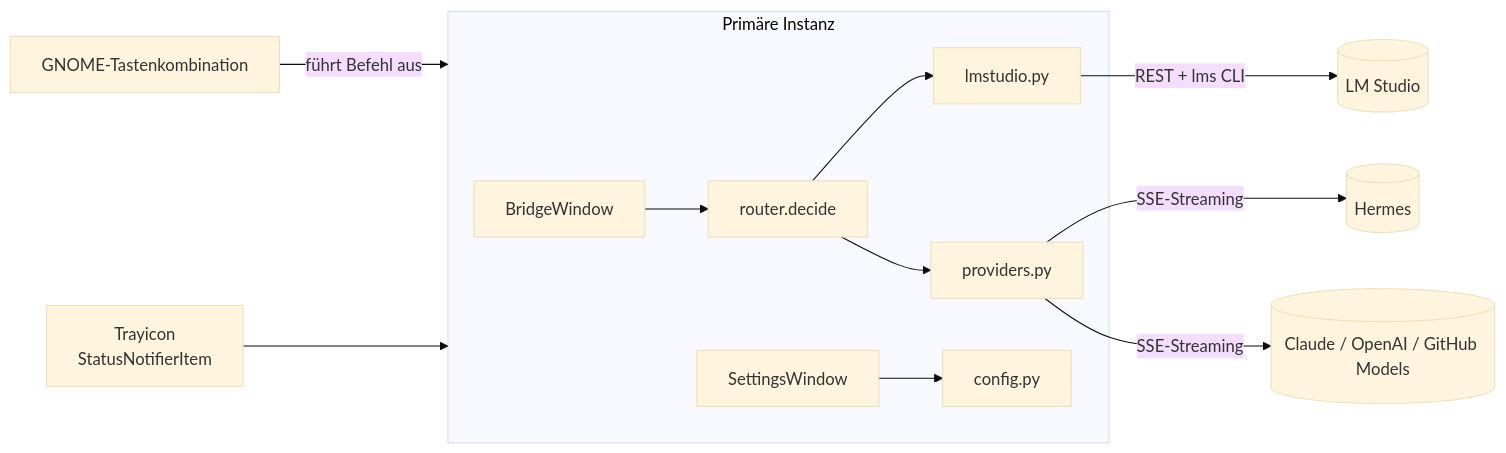
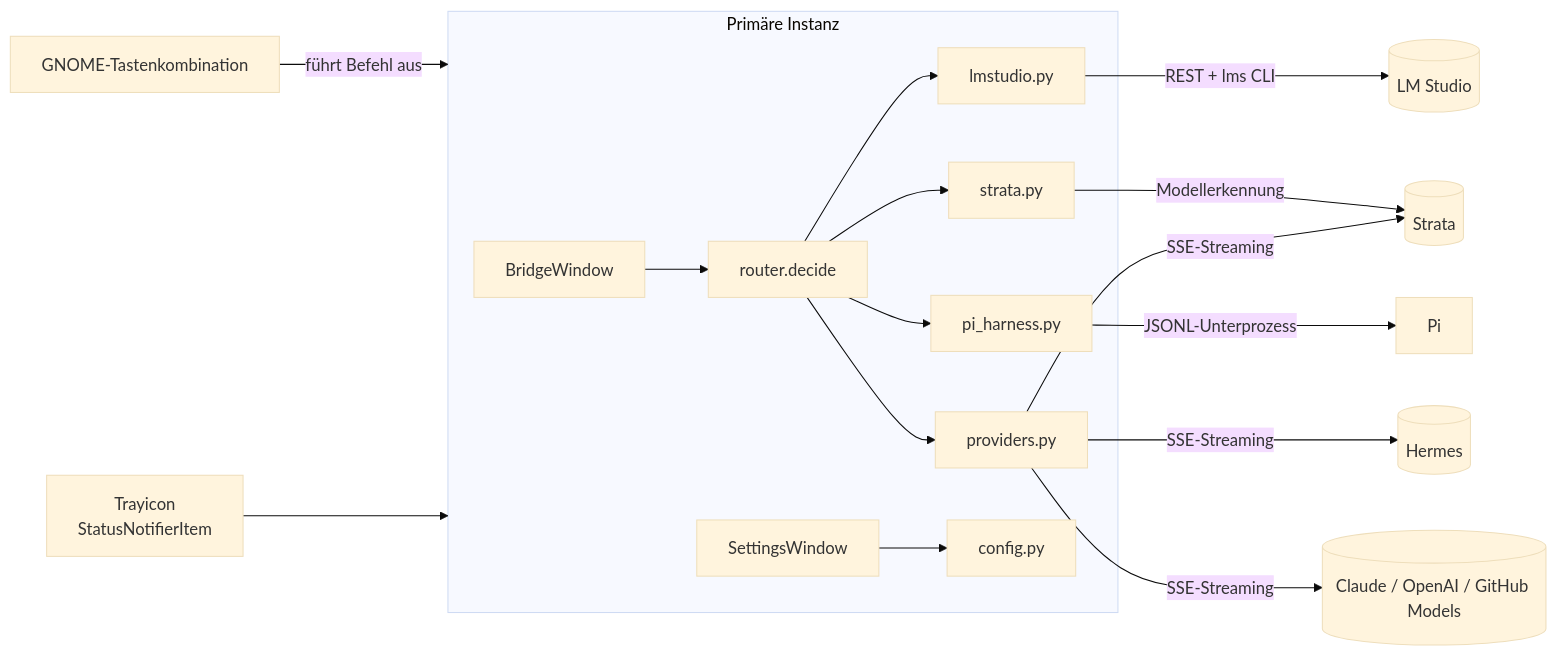
The diagram in docs/TECHNICAL.de.md (datenklo/lms-hermes-bridge), drawn with Mermaid (base theme) before and after one commit. The commit also changed other lines of this file and 4 other files, not shown here.

````diff
--- a/docs/TECHNICAL.de.md
+++ b/docs/TECHNICAL.de.md
@@ -9,14 +9,19 @@
 ```mermaid
 flowchart LR
     HK[GNOME-Tastenkombination] -->|führt Befehl aus| APP
     TR[Trayicon<br/>StatusNotifierItem] --> APP
     subgraph APP[Primäre Instanz]
         WIN[BridgeWindow] --> RT[router.decide]
         RT --> LMS[lmstudio.py]
+        RT --> STR[strata.py]
+        RT --> PI[pi_harness.py]
         RT --> PRV[providers.py]
         SET[SettingsWindow] --> CFG[config.py]
     end
     LMS -->|REST + lms CLI| LMSTUDIO[(LM Studio)]
+    STR -->|Modellerkennung| STRATA[(Strata)]
+    PRV -->|SSE-Streaming| STRATA
+    PI -->|JSONL-Unterprozess| AGENT[Pi]
     PRV -->|SSE-Streaming| HERMES[(Hermes)]
     PRV -->|SSE-Streaming| EXT[(Claude / OpenAI / GitHub Models)]
 ```
````
